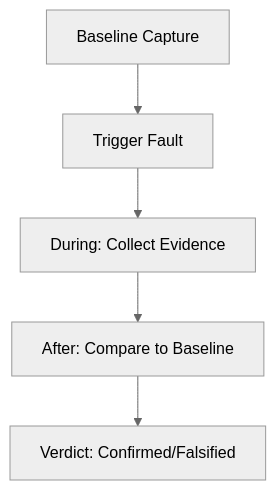
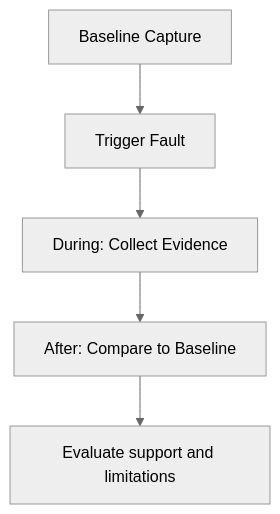
The fourth of 4 diagrams in docs/troubleshooting/lab-guides/deployment-succeeded-startup-failed.md (yeongseon/azure-app-service-practical-guide), drawn with Mermaid (neutral theme) before and after one commit. The commit also changed other lines of this file and 31 other files, not shown here.

````diff
--- a/docs/troubleshooting/lab-guides/deployment-succeeded-startup-failed.md
+++ b/docs/troubleshooting/lab-guides/deployment-succeeded-startup-failed.md
@@ -1040,7 +1051,7 @@
 ```mermaid
 graph TD
     A[Baseline Capture] --> B[Trigger Fault]
     B --> C[During: Collect Evidence]
     C --> D[After: Compare to Baseline]
-    D --> E[Verdict: Confirmed/Falsified]
+    D --> E[Evaluate support and limitations]
 ```
````
